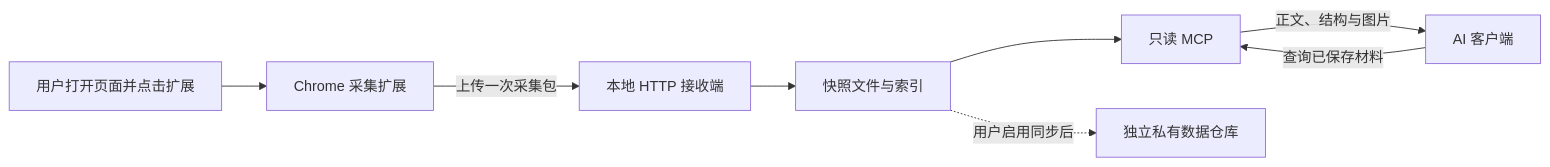
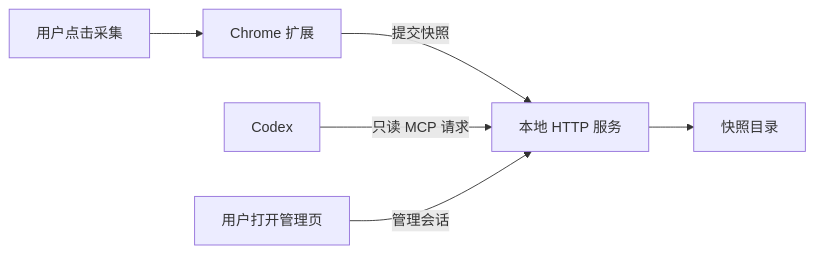
Before and after one commit to sklme/journal: the first of 2 diagrams in docs/knowledge/ai-engineering/read-only-web-capture-for-ai.md, drawn with Mermaid. The commit also changed other lines of this file and 5 other files, not shown here.

````diff
--- a/docs/knowledge/ai-engineering/read-only-web-capture-for-ai.md
+++ b/docs/knowledge/ai-engineering/read-only-web-capture-for-ai.md
@@ -55,10 +56,8 @@
 ```mermaid
 flowchart LR
-    U[用户打开页面并点击扩展] --> E[Chrome 采集扩展]
-    E -->|上传一次采集包| I[本地 HTTP 接收端]
-    I --> S[快照文件与索引]
-    A[AI 客户端] -->|查询已保存材料| M[只读 MCP]
-    S --> M
-    M -->|正文、结构与图片| A
-    S -.->|用户启用同步后| G[独立私有数据仓库]
+  U[用户点击采集] --> E[Chrome 扩展]
+  E -->|提交快照| H[本地 HTTP 服务]
+  H --> D[快照目录]
+  A[Codex] -->|只读 MCP 请求| H
+  B[用户打开管理页] -->|管理会话| H
 ```
````
